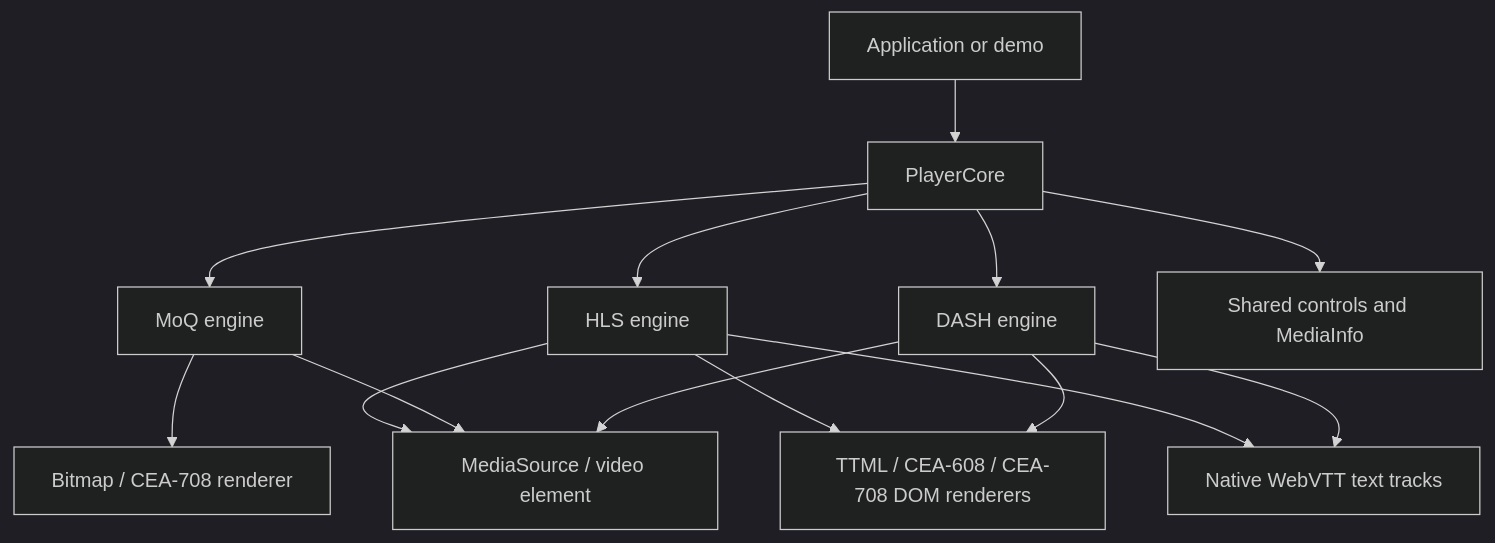
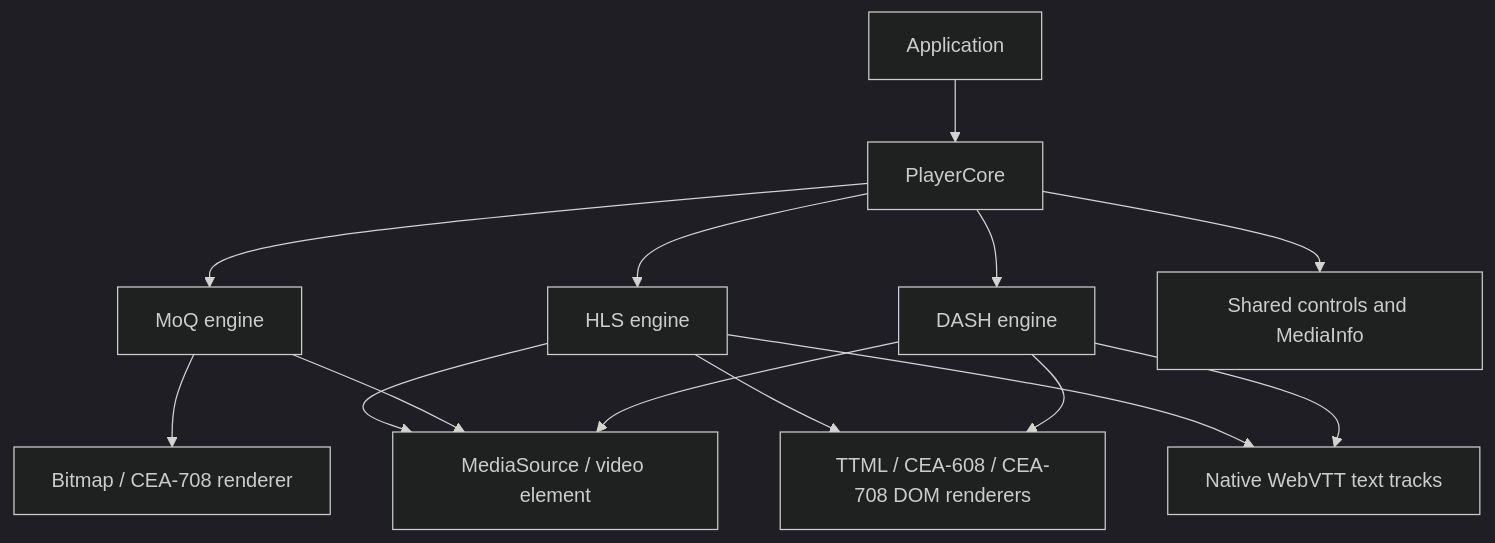
The diagram in docs/architecture.md (XaMaB/ThePlayer), drawn with Mermaid (dark theme) before and after one commit.

Commit message:
docs: simplify application label in architecture diagram

````diff
--- a/docs/architecture.md
+++ b/docs/architecture.md
@@ -24,16 +24,16 @@
 ```mermaid
 flowchart TD
-  App[Application or demo] --> Core[PlayerCore]
+  App[Application] --> Core[PlayerCore]
   Core --> MoQ[MoQ engine]
   Core --> HLS[HLS engine]
   Core --> DASH[DASH engine]
   DASH --> MSE
   DASH --> Text
   DASH --> DOM[TTML / CEA-608 / CEA-708 DOM renderers]
   HLS --> DOM
   MoQ --> MSE[MediaSource / video element]
   HLS --> MSE
   MoQ --> Canvas[Bitmap / CEA-708 renderer]
   HLS --> Text[Native WebVTT text tracks]
   Core --> UI[Shared controls and MediaInfo]
 ```
````
